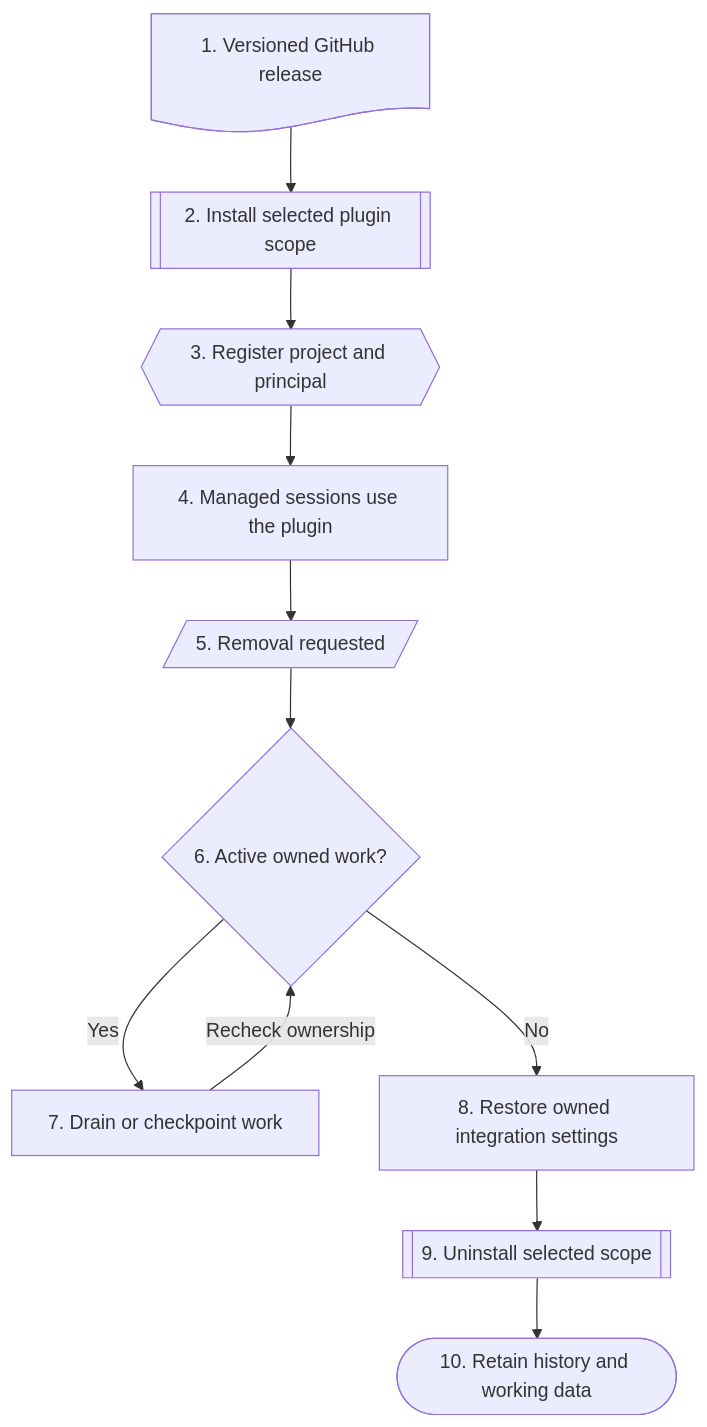
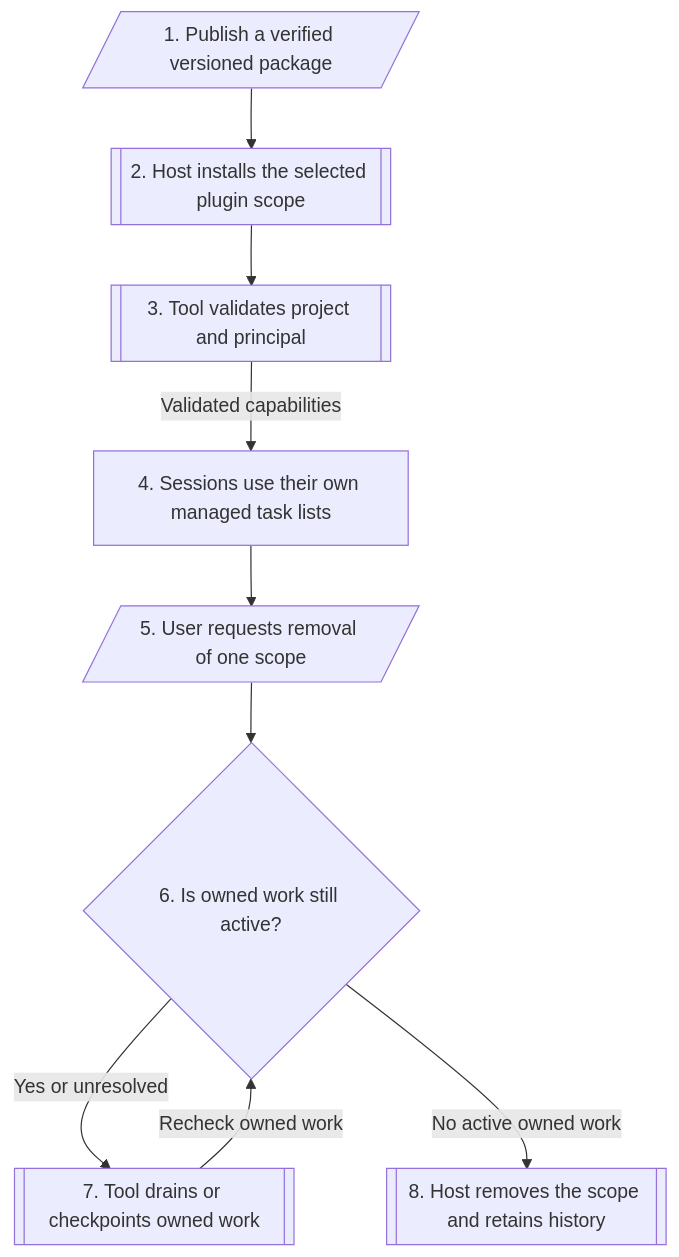
The diagram in docs/assets/diagrams/installation.mmd (fatonsopa/ai-task-manager), drawn with Mermaid before and after one commit. The commit also changed 34 other files, not shown here.

```diff
--- a/docs/assets/diagrams/installation.mmd
+++ b/docs/assets/diagrams/installation.mmd
@@ -1,36 +1,31 @@
 %% Diagram: Flowchart
-%% Subtitle: Proposed GitHub distribution with scoped installation, safe removal and retained task history.
+%% View: overview
+%% Subtitle: Selected installation scope, safe removal and retained runtime history.
 flowchart TD
     accTitle: Plugin installation and removal
-    accDescr: Proposed GitHub distribution with scoped installation, safe removal and retained task history.
-    A@{ shape: doc, label: "1. Versioned GitHub release" }
-    class A document
-    B@{ shape: fr-rect, label: "2. Install selected plugin scope" }
-    class B predefined
-    C@{ shape: hex, label: "3. Register project and principal" }
-    class C preparation
-    D@{ shape: rect, label: "4. Managed sessions use the plugin" }
-    class D process
-    E@{ shape: lean-r, label: "5. Removal requested" }
-    class E data
-    F@{ shape: diam, label: "6. Active owned work?" }
-    class F decision
-    G@{ shape: rect, label: "7. Drain or checkpoint work" }
-    class G process
-    H@{ shape: rect, label: "8. Restore owned integration settings" }
-    class H process
-    I@{ shape: fr-rect, label: "9. Uninstall selected scope" }
-    class I predefined
-    J@{ shape: stadium, label: "10. Retain history and working data" }
-    class J terminator
-    A --> B
-    B --> C
-    C --> D
-    D --> E
-    E --> F
-    F -->|"Yes"| G
-    G -->|"Recheck ownership"| F
-    F -->|"No"| H
-    H --> I
-    I --> J
-%% Legend: flow_arrow | Managed lifecycle step
+    accDescr: This overview separates installation from managed removal. Direct native uninstall has no assumed cleanup callback; active work and owned settings still require safe handling.
+    N1@{ shape: lean-r, label: "1. Publish a verified versioned package" }
+    class N1 data
+    N2@{ shape: fr-rect, label: "2. Host installs the selected plugin scope" }
+    class N2 predefined
+    N3@{ shape: fr-rect, label: "3. Tool validates project and principal" }
+    class N3 predefined
+    N4@{ shape: rect, label: "4. Sessions use their own managed task lists" }
+    class N4 process
+    N5@{ shape: lean-r, label: "5. User requests removal of one scope" }
+    class N5 data
+    N6@{ shape: diam, label: "6. Is owned work still active?" }
+    class N6 decision
+    N7@{ shape: fr-rect, label: "7. Tool drains or checkpoints owned work" }
+    class N7 predefined
+    N8@{ shape: fr-rect, label: "8. Host removes the scope and retains history" }
+    class N8 predefined
+    N1 --> N2
+    N2 --> N3
+    N3 -->|"Validated capabilities"| N4
+    N4 --> N5
+    N5 --> N6
+    N6 -->|"Yes or unresolved"| N7
+    N7 -->|"Recheck owned work"| N6
+    N6 -->|"No active owned work"| N8
+%% Legend: flow_arrow | Next action or outcome
```
